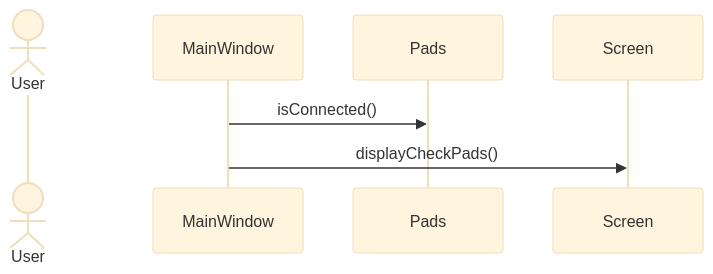
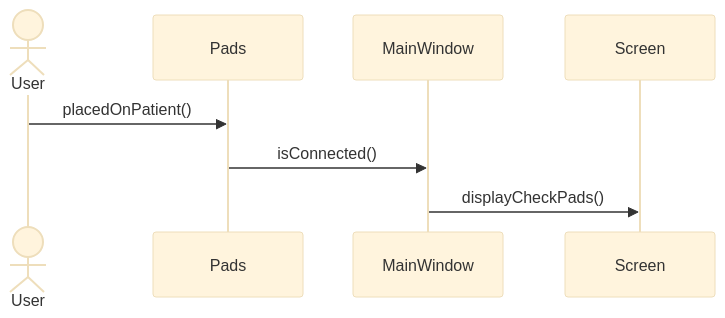
The seventh of 9 diagrams in README.md (SaturnOperator/AED-System), drawn with Mermaid (base theme) before and after one commit. The commit also changed other lines of this file, not shown here.

````diff
--- a/README.md
+++ b/README.md
@@ -141,6 +148,7 @@
 ```mermaid
 sequenceDiagram
 actor User
-    MainWindow->>Pads: isConnected()
+    User->>Pads: placedOnPatient()
+    Pads->>MainWindow: isConnected()
     MainWindow->>Screen: displayCheckPads()
 ```
````
